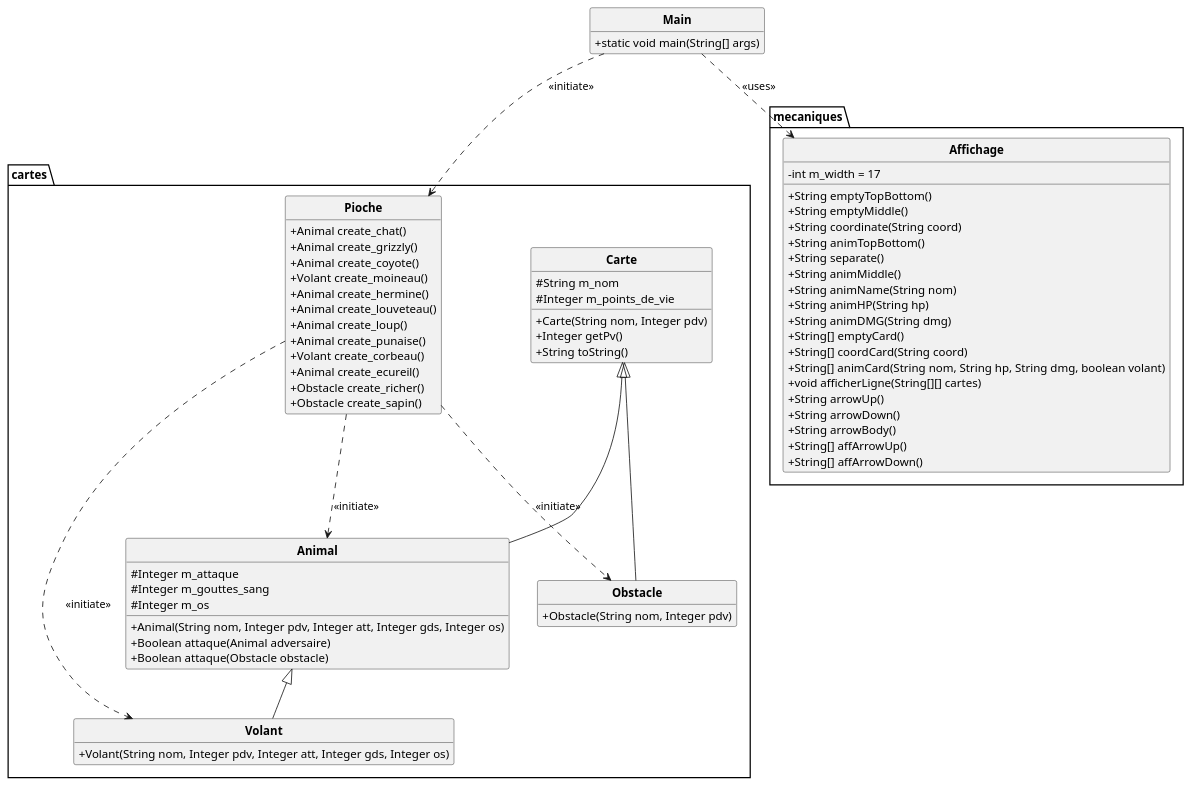
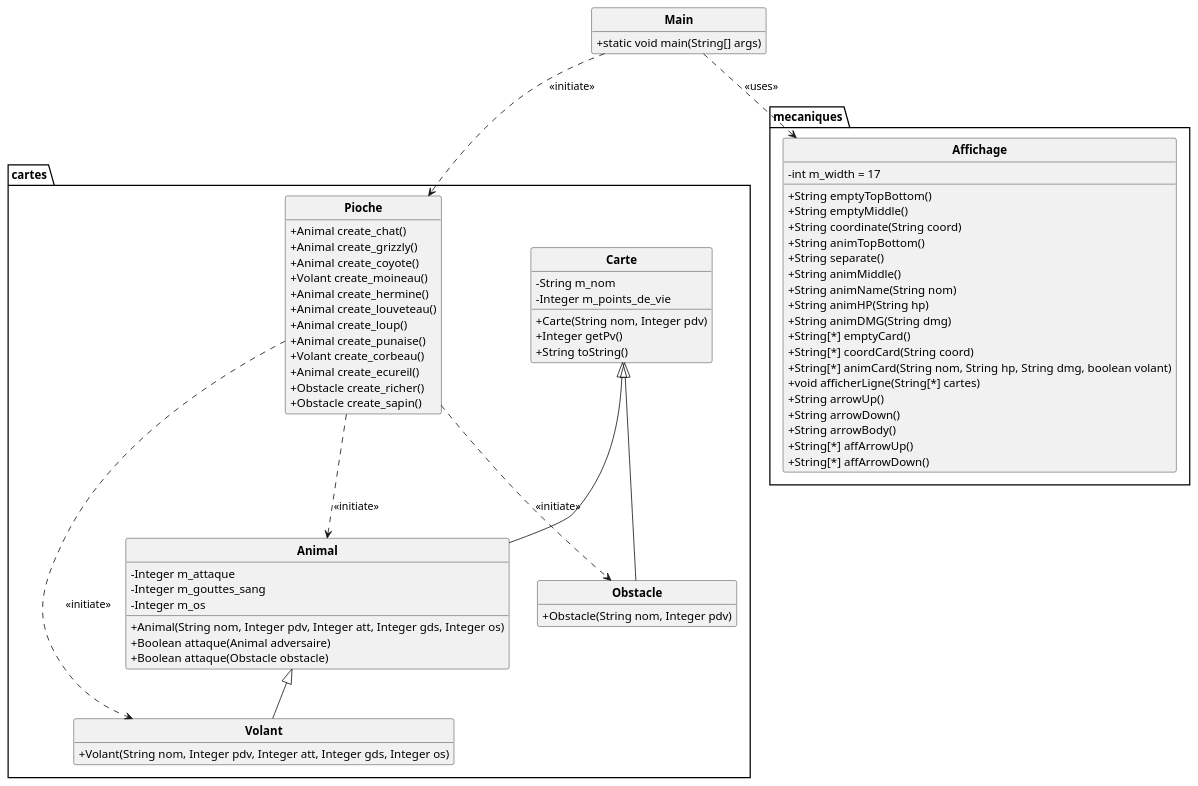
Before and after one commit to 3RZ4-L/projet_Inscryption: the diagram in uml/semaine1.puml, drawn with PlantUML.

Commit message:
Correction uml semaine1

```diff
--- a/uml/semaine1.puml
+++ b/uml/semaine1.puml
@@ -1,84 +1,84 @@
 @startuml
 
 skinparam classAttributeIconSize 0
 skinparam classFontStyle Bold
 skinparam style strictuml
 hide empty members
 
 package cartes {
     class Carte {
-        #String m_nom
-        #Integer m_points_de_vie
+        -String m_nom
+        -Integer m_points_de_vie
         +Carte(String nom, Integer pdv)
         +Integer getPv()
         +String toString()
     }
 
     class Animal extends Carte{
-        #Integer m_attaque
-        #Integer m_gouttes_sang
-        #Integer m_os
+        -Integer m_attaque
+        -Integer m_gouttes_sang
+        -Integer m_os
         +Animal(String nom, Integer pdv, Integer att, Integer gds, Integer os)
         +Boolean attaque(Animal adversaire)
         +Boolean attaque(Obstacle obstacle)
     }
 
     class Volant extends Animal{
         +Volant(String nom, Integer pdv, Integer att, Integer gds, Integer os)
     }
 
     class Obstacle extends Carte{
         +Obstacle(String nom, Integer pdv)
     }
 
     class Pioche {
         +Animal create_chat()
         +Animal create_grizzly()
         +Animal create_coyote()
         +Volant create_moineau()
         +Animal create_hermine()
         +Animal create_louveteau()
         +Animal create_loup()
         +Animal create_punaise()
         +Volant create_corbeau()
         +Animal create_ecureil()
         +Obstacle create_richer()
         +Obstacle create_sapin()
     }
 }
 
 package mecaniques {
     class Affichage {
         -int m_width = 17
         +String emptyTopBottom()
         +String emptyMiddle()
         +String coordinate(String coord)
         +String animTopBottom()
         +String separate()
         +String animMiddle()
         +String animName(String nom)
         +String animHP(String hp)
         +String animDMG(String dmg)
-        +String[] emptyCard()
-        +String[] coordCard(String coord)
-        +String[] animCard(String nom, String hp, String dmg, boolean volant)
-        +void afficherLigne(String[][] cartes)
+        +String[*] emptyCard()
+        +String[*] coordCard(String coord)
+        +String[*] animCard(String nom, String hp, String dmg, boolean volant)
+        +void afficherLigne(String[*] cartes)
         +String arrowUp()
         +String arrowDown()
         +String arrowBody()
-        +String[] affArrowUp()
-        +String[] affArrowDown()
+        +String[*] affArrowUp()
+        +String[*] affArrowDown()
     }
 }
 
 class Main {
     +static void main(String[] args)
 }
 
 Main ..> Pioche : <<initiate>>
 Main ..> Affichage : <<uses>>
 Pioche ..> Animal : <<initiate>>
 Pioche ..> Obstacle : <<initiate>>
 Pioche ..> Volant : <<initiate>>
 
 @enduml
```
